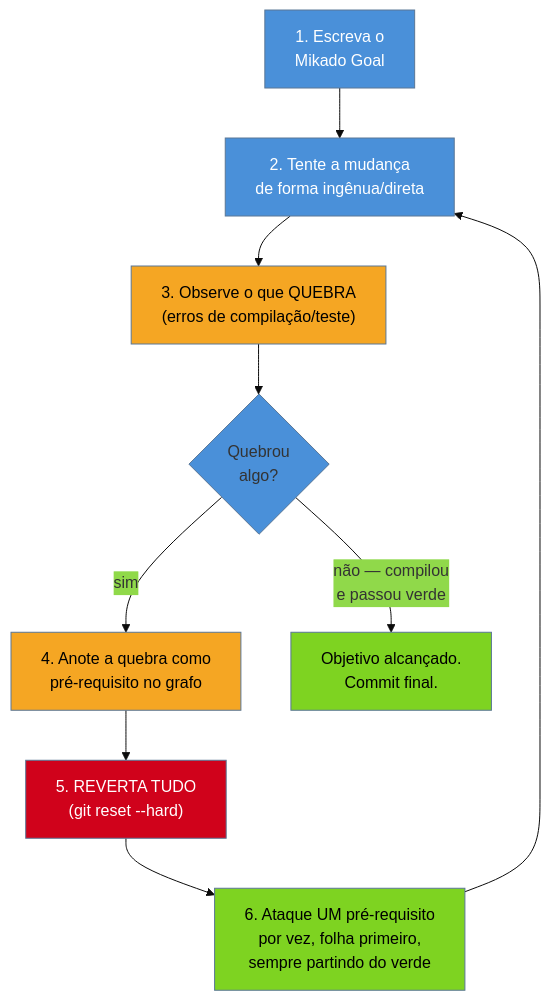
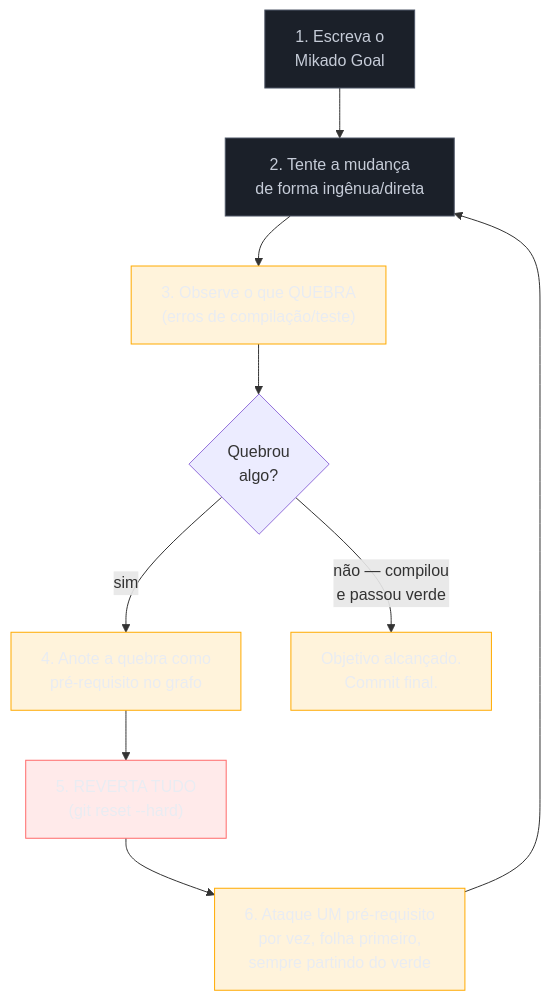
One commit to josenaldo/codex-technomanticus changed the first of 2 diagrams in 03-Dominios/Engenharia/Arqueologia e Restauração de Software/15 - O Método Mikado.md. Above: the diagram before and after it, drawn with Mermaid. The commit also changed other lines of this file and 1181 other files, not shown here.

First line of the commit message:
fix(diagramas): paleta do sistema no lugar de cor cravada no markdown

````diff
--- a/03-Dominios/Engenharia/Arqueologia e Restauração de Software/15 - O Método Mikado.md
+++ b/03-Dominios/Engenharia/Arqueologia e Restauração de Software/15 - O Método Mikado.md
@@ -33,19 +33,21 @@
 ```mermaid
-%%{init: {"theme": "base", "themeVariables": {"primaryColor": "#4A90D9"}}}%%
 graph TD
+    classDef neutro fill:#1B2029,stroke:#4E5666,color:#C6CCD8
+    classDef destaque fill:#FFAA0024,stroke:#FFAA00,color:#E9ECF2
+    classDef falha fill:#FF6B6B24,stroke:#FF6B6B,color:#E9ECF2
     A["1. Escreva o<br/>Mikado Goal"] --> B["2. Tente a mudança<br/>de forma ingênua/direta"]
     B --> C["3. Observe o que QUEBRA<br/>(erros de compilação/teste)"]
     C --> D{"Quebrou<br/>algo?"}
     D -->|"sim"| E["4. Anote a quebra como<br/>pré-requisito no grafo"]
     E --> F["5. REVERTA TUDO<br/>(git reset --hard)"]
     F --> G["6. Ataque UM pré-requisito<br/>por vez, folha primeiro,<br/>sempre partindo do verde"]
     G --> B
     D -->|"não — compilou<br/>e passou verde"| H["Objetivo alcançado.<br/>Commit final."]
-    style A fill:#4A90D9,color:#fff
-    style B fill:#4A90D9,color:#fff
-    style C fill:#F5A623,color:#000
-    style E fill:#F5A623,color:#000
-    style F fill:#D0021B,color:#fff
-    style G fill:#7ED321,color:#000
-    style H fill:#7ED321,color:#000
+    class A neutro
+    class B neutro
+    class C destaque
+    class E destaque
+    class F falha
+    class G destaque
+    class H destaque
 ```
````
